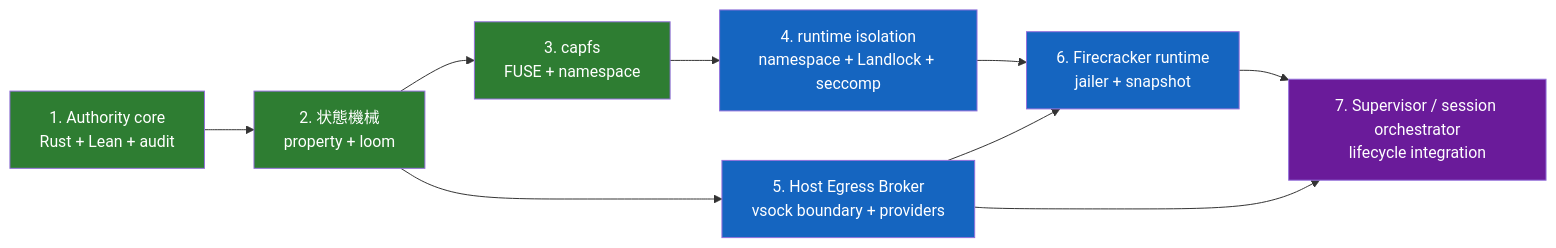
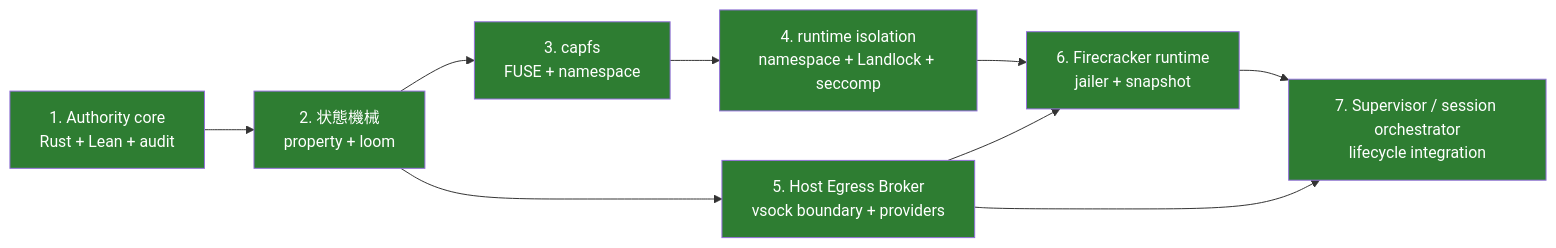
The diagram in docs/design/implementation-plan.md (Aqua-218/SecCamp-AIAgent), drawn with Mermaid before and after one commit. The commit also changed other lines of this file, not shown here.

````diff
--- a/docs/design/implementation-plan.md
+++ b/docs/design/implementation-plan.md
@@ -19,25 +19,21 @@
 ```mermaid
 flowchart LR
     p1["1. Authority core<br/>Rust + Lean + audit"]
     p2["2. 状態機械<br/>property + loom"]
     p3["3. capfs<br/>FUSE + namespace"]
     p4["4. runtime isolation<br/>namespace + Landlock + seccomp"]
     p5["5. Host Egress Broker<br/>vsock boundary + providers"]
     p6["6. Firecracker runtime<br/>jailer + snapshot"]
     p7["7. Supervisor / session orchestrator<br/>lifecycle integration"]
 
     p1 --> p2 --> p3
     p3 --> p4
     p2 --> p5
     p4 --> p6
     p5 --> p6
     p6 --> p7
     p5 --> p7
 
     classDef completed fill:#2e7d32,color:#fff;
-    classDef boundary fill:#1565c0,color:#fff;
-    classDef integration fill:#6a1b9a,color:#fff;
-    class p1,p2,p3 completed;
-    class p4,p5,p6 boundary;
-    class p7 integration;
+    class p1,p2,p3,p4,p5,p6,p7 completed;
 ```
````
